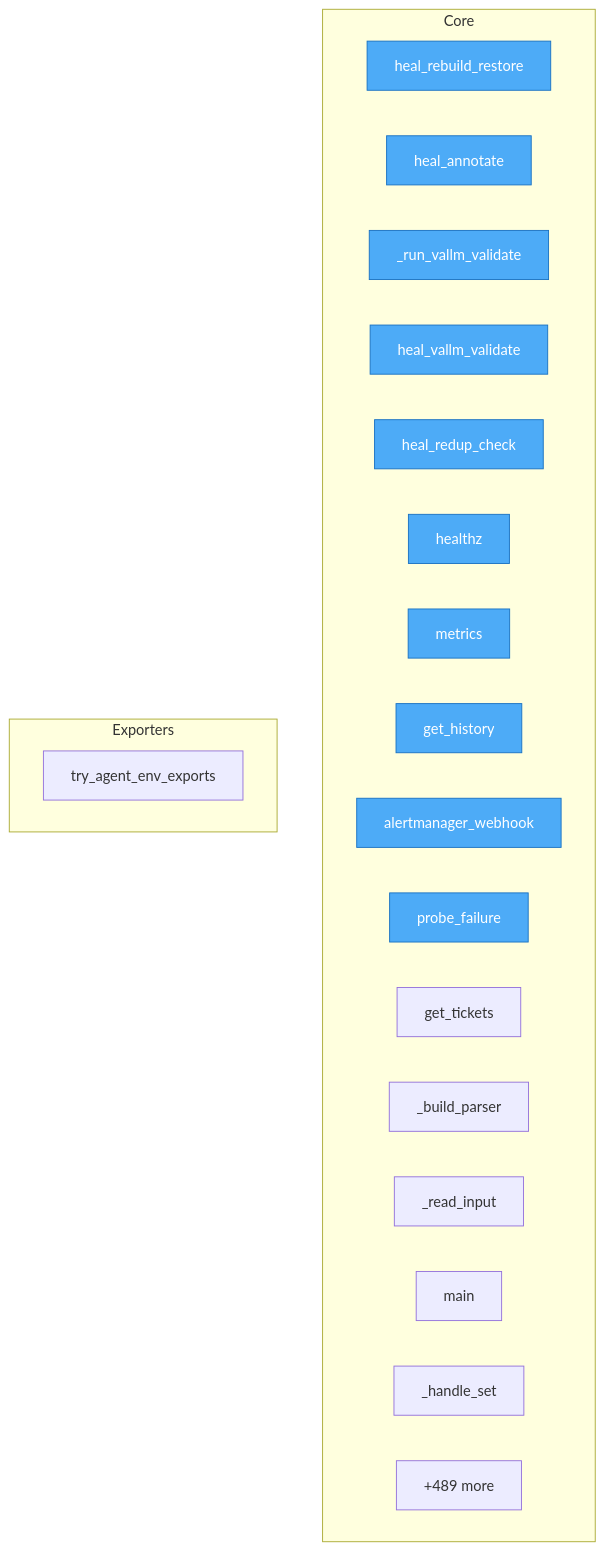
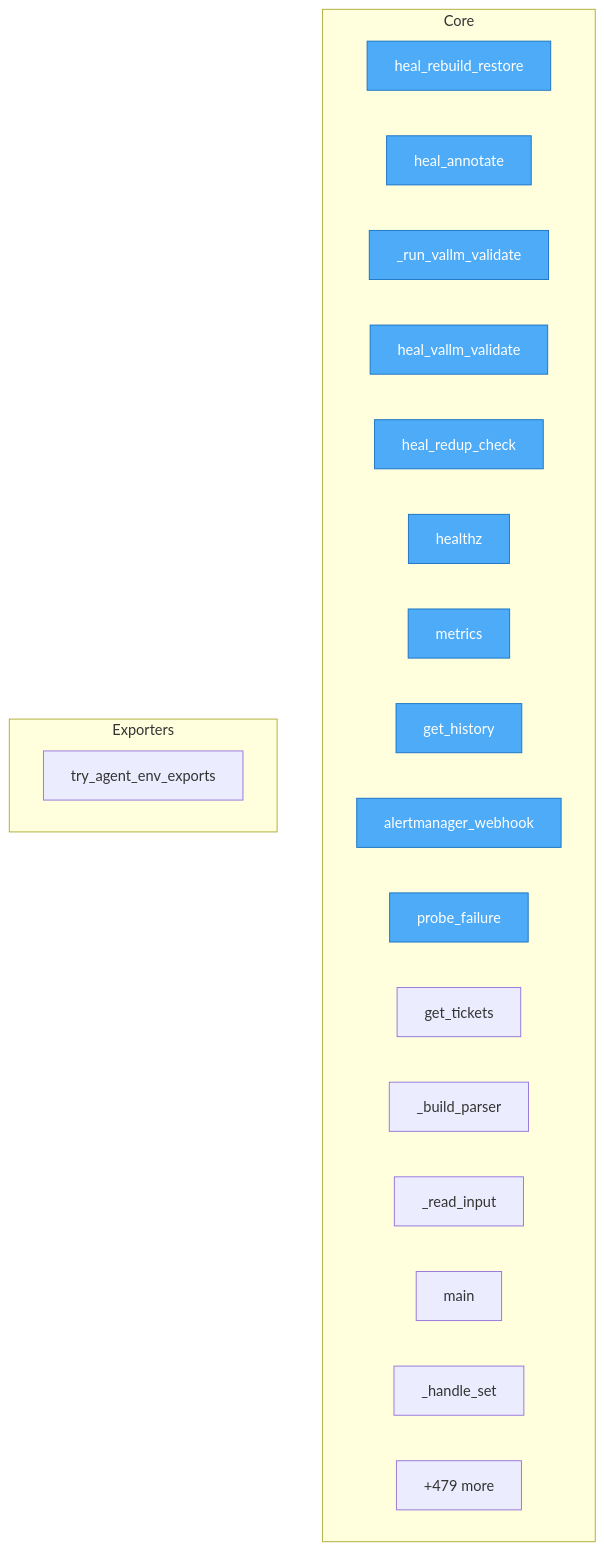
One commit to semcod/koru changed the diagram in project/flow.mmd. Above: the diagram before and after it, drawn with Mermaid. The commit also changed 28 other files, not shown here.

```diff
--- a/project/flow.mmd
+++ b/project/flow.mmd
@@ -1,30 +1,30 @@
 flowchart TD
-%% generated in 0.06s
+%% generated in 0.04s
 
     %% Entry points (blue)
     classDef entry fill:#4dabf7,stroke:#1971c2,color:#fff
 
     subgraph Core
         services__healing_webhook__app__heal_rebuild_restore["heal_rebuild_restore"]
         services__healing_webhook__app__heal_annotate["heal_annotate"]
         services__healing_webhook__app___run_vallm_validate["_run_vallm_validate"]
         services__healing_webhook__app__heal_vallm_validate["heal_vallm_validate"]
         services__healing_webhook__app__heal_redup_check["heal_redup_check"]
         services__healing_webhook__app__healthz["healthz"]
         services__healing_webhook__app__metrics["metrics"]
         services__healing_webhook__app__get_history["get_history"]
         services__healing_webhook__app__alertmanager_webhook["alertmanager_webhook"]
         services__healing_webhook__app__probe_failure["probe_failure"]
         services__healing_webhook__app__get_tickets["get_tickets"]
         src__korudsl__cli___build_parser["_build_parser"]
         src__korudsl__cli___read_input["_read_input"]
         src__korudsl__cli__main["main"]
         src__korudsl__library___handle_set["_handle_set"]
-        ...["+489 more"]
+        ...["+479 more"]
     end
 
     subgraph Exporters
         src__koru__agent_cli_helpers__try_agent_env_exports["try_agent_env_exports"]
     end
 
     class services__healing_webhook__app__heal_rebuild_restore,services__healing_webhook__app__heal_annotate,services__healing_webhook__app___run_vallm_validate,services__healing_webhook__app__heal_vallm_validate,services__healing_webhook__app__heal_redup_check,services__healing_webhook__app__healthz,services__healing_webhook__app__metrics,services__healing_webhook__app__get_history,services__healing_webhook__app__alertmanager_webhook,services__healing_webhook__app__probe_failure entry
```
